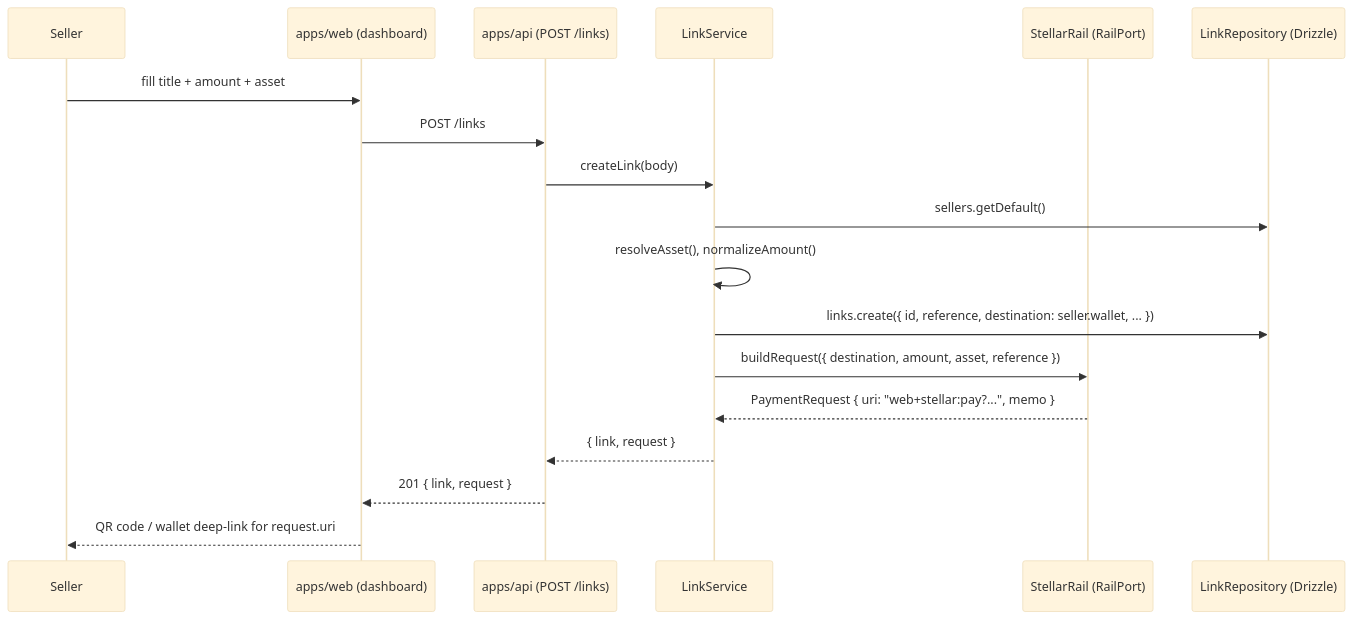
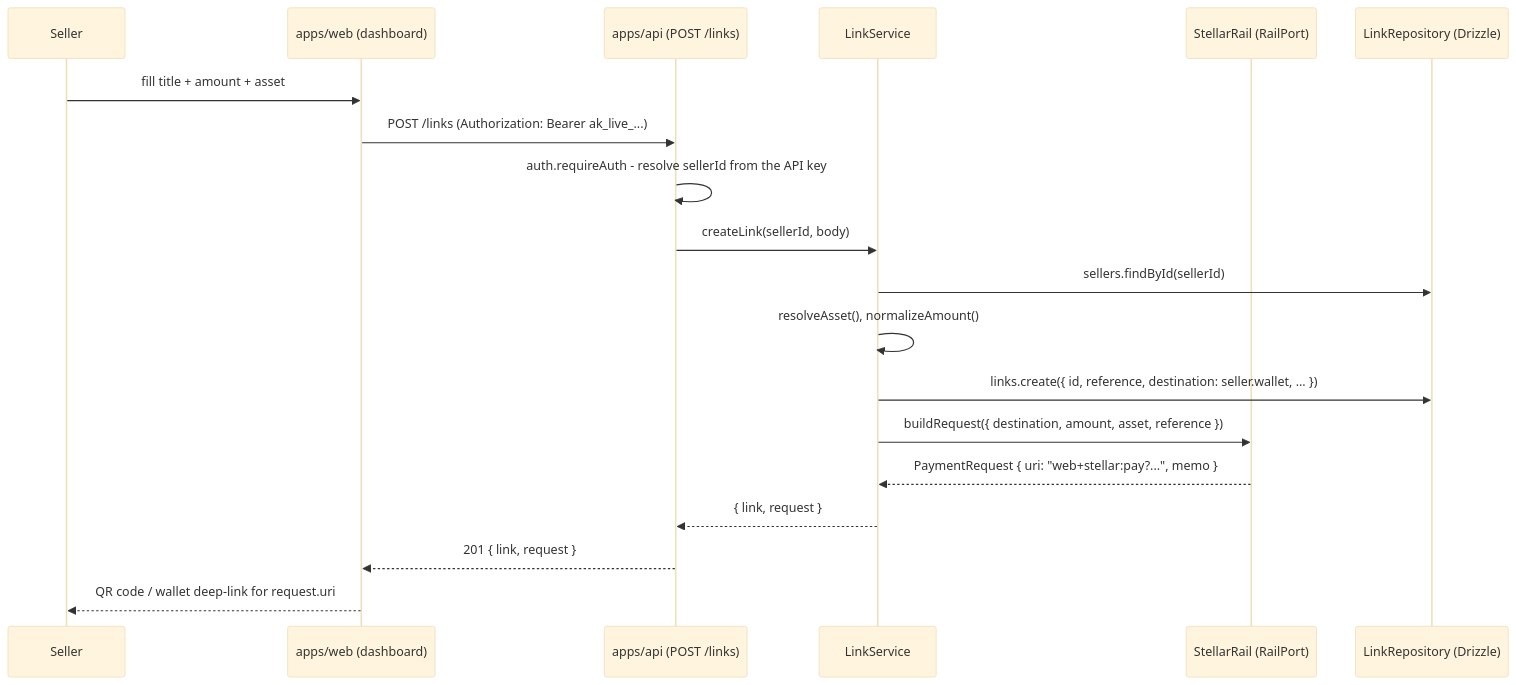
The second of 6 diagrams in docs/ARCHITECTURE.md (determined-001/Quay), drawn with Mermaid (base theme) before and after one commit. The commit also changed other lines of this file and 19 other files, not shown here.

````diff
--- a/docs/ARCHITECTURE.md
+++ b/docs/ARCHITECTURE.md
@@ -90,21 +92,22 @@
 ```mermaid
 sequenceDiagram
   participant Seller
   participant Web as apps/web (dashboard)
   participant API as apps/api (POST /links)
   participant LS as LinkService
   participant Rail as StellarRail (RailPort)
   participant DB as LinkRepository (Drizzle)
 
   Seller->>Web: fill title + amount + asset
-  Web->>API: POST /links
-  API->>LS: createLink(body)
-  LS->>DB: sellers.getDefault()
+  Web->>API: POST /links (Authorization: Bearer ak_live_...)
+  API->>API: auth.requireAuth - resolve sellerId from the API key
+  API->>LS: createLink(sellerId, body)
+  LS->>DB: sellers.findById(sellerId)
   LS->>LS: resolveAsset(), normalizeAmount()
   LS->>DB: links.create({ id, reference, destination: seller.wallet, ... })
   LS->>Rail: buildRequest({ destination, amount, asset, reference })
   Rail-->>LS: PaymentRequest { uri: "web+stellar:pay?...", memo }
   LS-->>API: { link, request }
   API-->>Web: 201 { link, request }
   Web-->>Seller: QR code / wallet deep-link for request.uri
 ```
````
